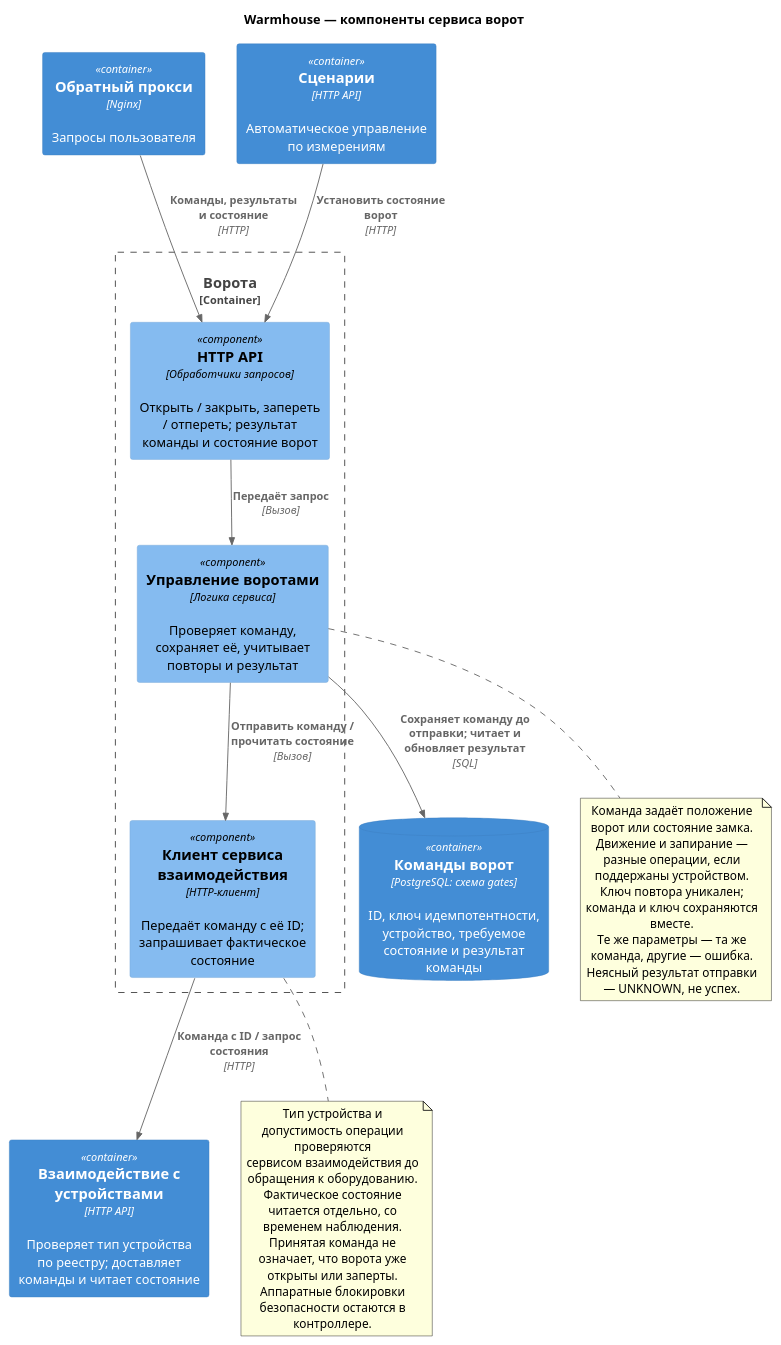
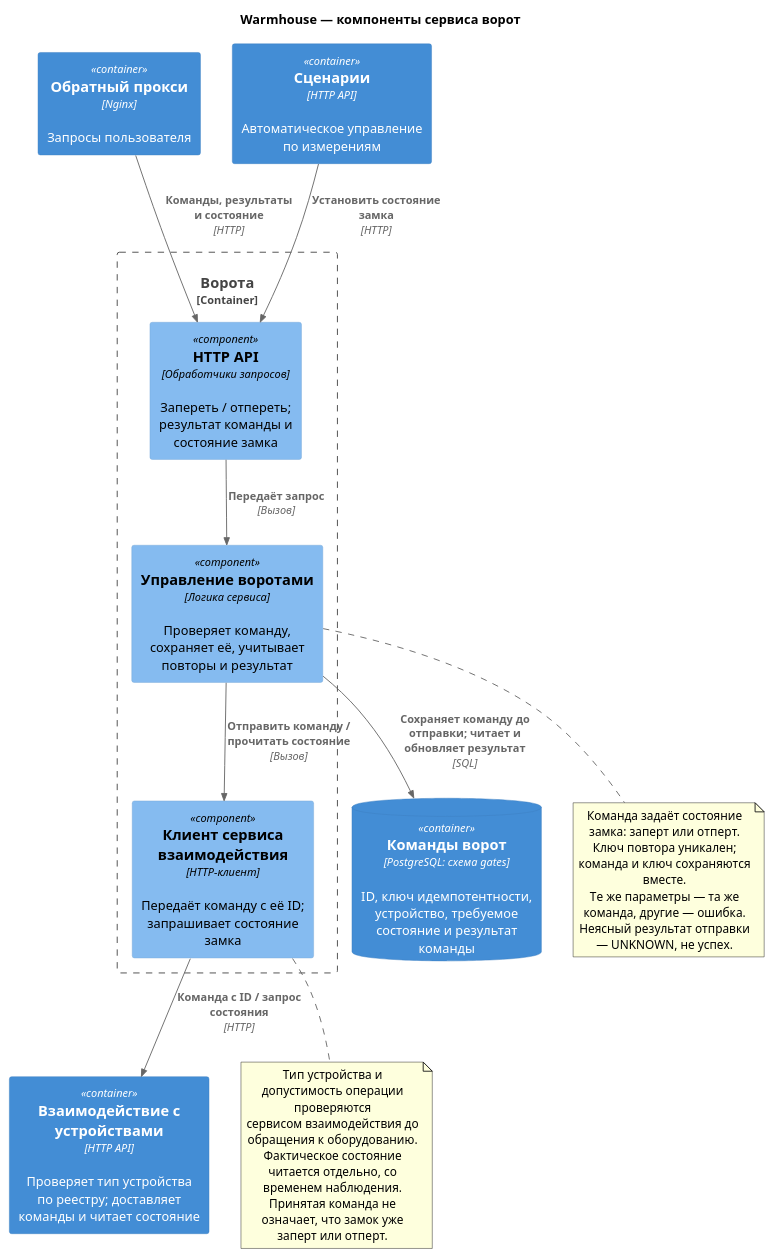
One commit to AndyMcFishka/architecture-pro-warmhouse changed the diagram in diagrams/components/gates.puml. Above: the diagram before and after it, drawn with PlantUML. The commit also changed 1 other file, not shown here.

```diff
--- a/diagrams/components/gates.puml
+++ b/diagrams/components/gates.puml
@@ -1,41 +1,39 @@
 @startuml
 !include <C4/C4_Component>
 
 title Warmhouse — компоненты сервиса ворот
 LAYOUT_TOP_DOWN()
 
 Container(proxy, "Обратный прокси", "Nginx", "Запросы пользователя")
 Container(rules, "Сценарии", "HTTP API", "Автоматическое управление по измерениям")
 
 Container_Boundary(gates, "Ворота") {
-    Component(api, "HTTP API", "Обработчики запросов", "Открыть / закрыть, запереть / отпереть; результат команды и состояние ворот")
+    Component(api, "HTTP API", "Обработчики запросов", "Запереть / отпереть; результат команды и состояние замка")
     Component(control, "Управление воротами", "Логика сервиса", "Проверяет команду, сохраняет её, учитывает повторы и результат")
-    Component(client, "Клиент сервиса взаимодействия", "HTTP-клиент", "Передаёт команду с её ID; запрашивает фактическое состояние")
+    Component(client, "Клиент сервиса взаимодействия", "HTTP-клиент", "Передаёт команду с её ID; запрашивает состояние замка")
 }
 
 ContainerDb(db, "Команды ворот", "PostgreSQL: схема gates", "ID, ключ идемпотентности, устройство, требуемое состояние и результат команды")
 Container(connectivity, "Взаимодействие с устройствами", "HTTP API", "Проверяет тип устройства по реестру; доставляет команды и читает состояние")
 
 Rel(proxy, api, "Команды, результаты и состояние", "HTTP")
-Rel(rules, api, "Установить состояние ворот", "HTTP")
+Rel(rules, api, "Установить состояние замка", "HTTP")
 Rel(api, control, "Передаёт запрос", "Вызов")
 Rel(control, db, "Сохраняет команду до отправки; читает и обновляет результат", "SQL")
 Rel(control, client, "Отправить команду / прочитать состояние", "Вызов")
 Rel(client, connectivity, "Команда с ID / запрос состояния", "HTTP")
 
 note bottom of control
-  Команда задаёт положение ворот или состояние замка.
-  Движение и запирание — разные операции, если поддержаны устройством.
+  Команда задаёт состояние замка: заперт или отперт.
   Ключ повтора уникален; команда и ключ сохраняются вместе.
   Те же параметры — та же команда, другие — ошибка.
   Неясный результат отправки — UNKNOWN, не успех.
 end note
 
 note bottom of client
   Тип устройства и допустимость операции проверяются
   сервисом взаимодействия до обращения к оборудованию.
   Фактическое состояние читается отдельно, со временем наблюдения.
-  Принятая команда не означает, что ворота уже открыты или заперты.
-  Аппаратные блокировки безопасности остаются в контроллере.
+  Принятая команда не означает, что замок уже заперт или отперт.
 end note
 @enduml
```
